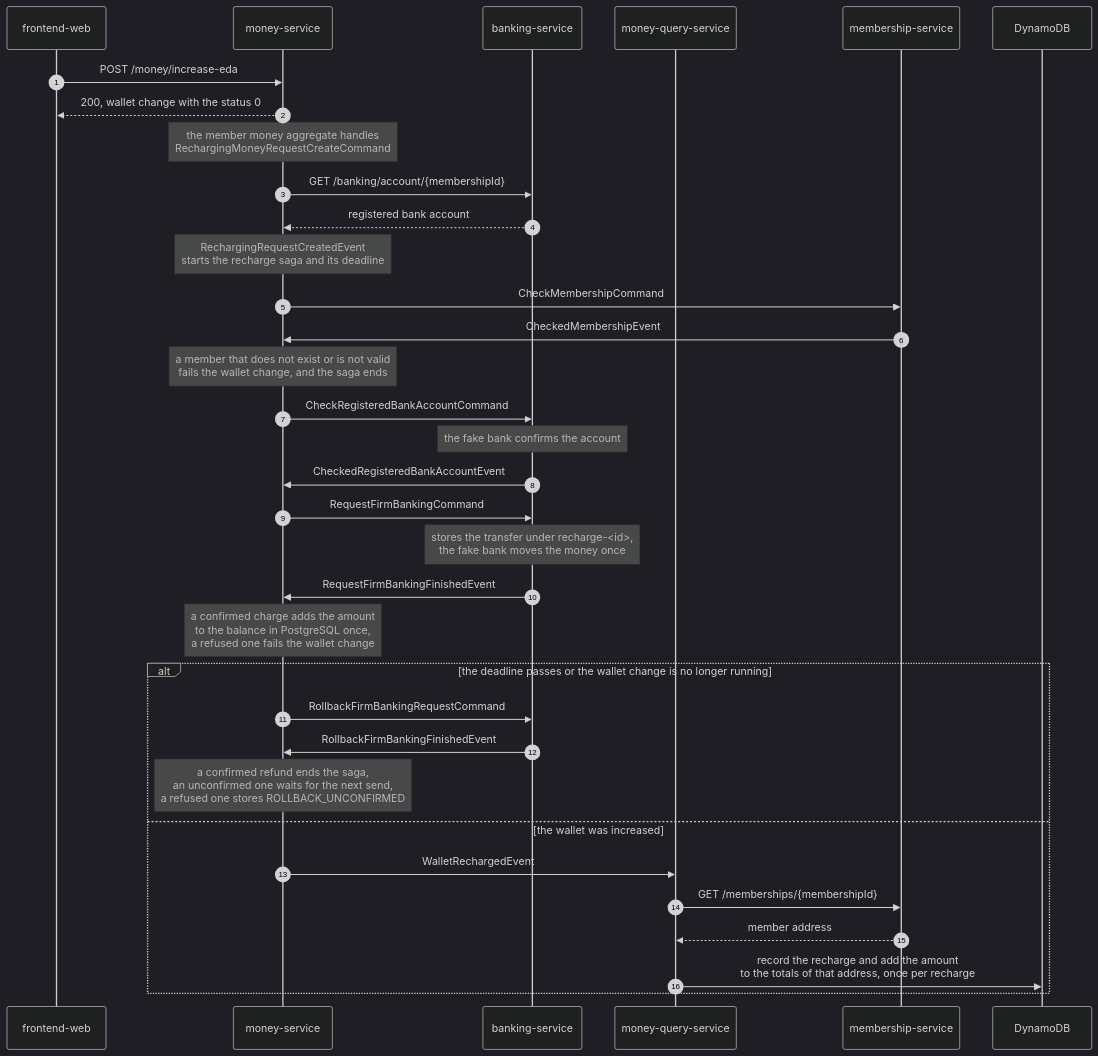
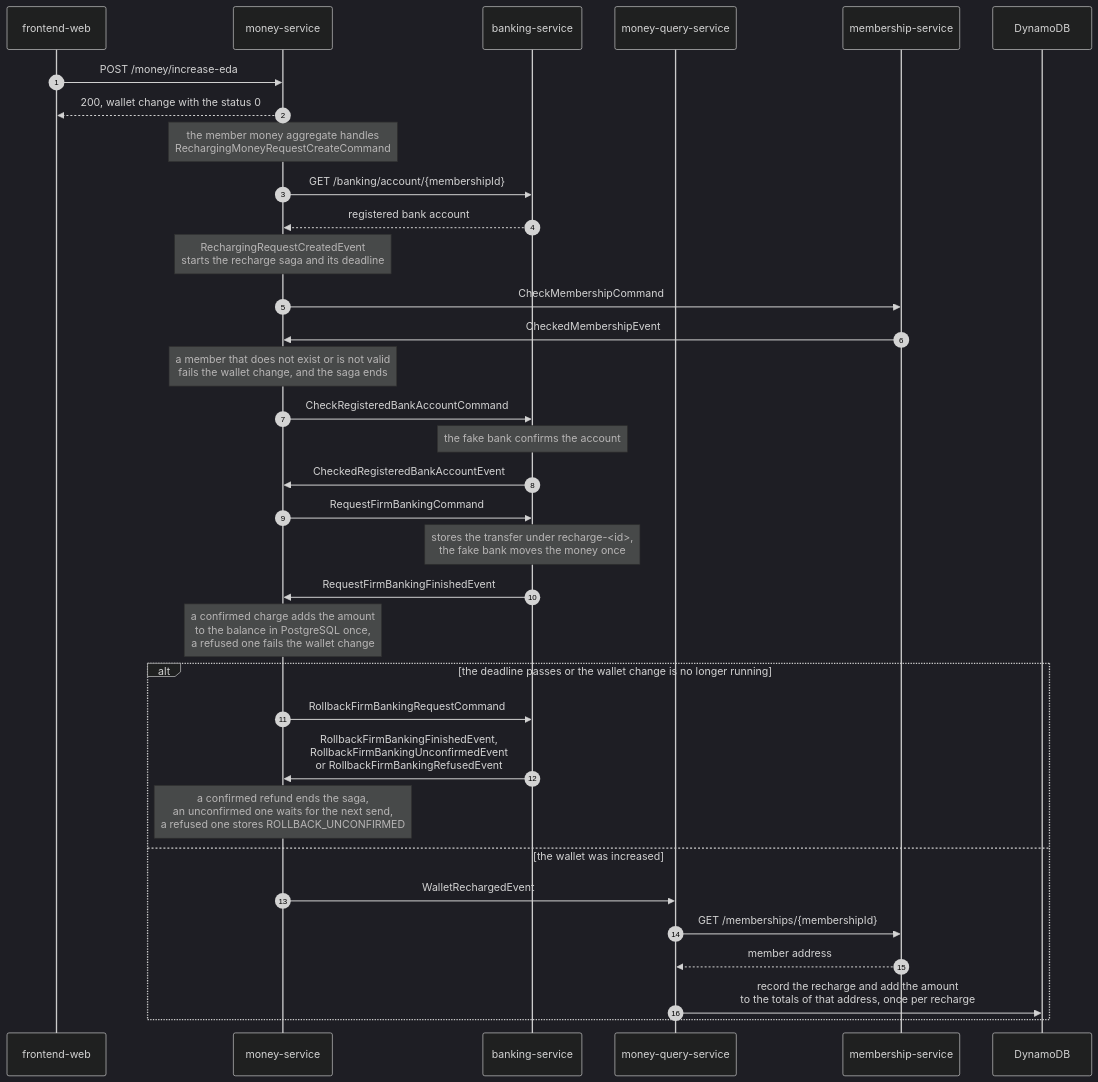
One commit to chrysaor/JayPay changed the first of 4 diagrams in docs/architecture.md. Above: the diagram before and after it, drawn with Mermaid (dark theme). The commit also changed other lines of this file and 21 other files, not shown here.

````diff
--- a/docs/architecture.md
+++ b/docs/architecture.md
@@ -9,37 +9,37 @@
 ```mermaid
 sequenceDiagram
     autonumber
     participant web as frontend-web
     participant money as money-service
     participant banking as banking-service
     participant query as money-query-service
     participant membership as membership-service
     participant dynamodb as DynamoDB
 
     web->>money: POST /money/increase-eda
     money-->>web: 200, wallet change with the status 0
     Note over money: the member money aggregate handles<br/>RechargingMoneyRequestCreateCommand
     money->>banking: GET /banking/account/{membershipId}
     banking-->>money: registered bank account
     Note over money: RechargingRequestCreatedEvent<br/>starts the recharge saga and its deadline
     money->>membership: CheckMembershipCommand
     membership->>money: CheckedMembershipEvent
     Note over money: a member that does not exist or is not valid<br/>fails the wallet change, and the saga ends
     money->>banking: CheckRegisteredBankAccountCommand
     Note over banking: the fake bank confirms the account
     banking->>money: CheckedRegisteredBankAccountEvent
     money->>banking: RequestFirmBankingCommand
     Note over banking: stores the transfer under recharge-<id>,<br/>the fake bank moves the money once
     banking->>money: RequestFirmBankingFinishedEvent
     Note over money: a confirmed charge adds the amount<br/>to the balance in PostgreSQL once,<br/>a refused one fails the wallet change
     alt the deadline passes or the wallet change is no longer running
         money->>banking: RollbackFirmBankingRequestCommand
-        banking->>money: RollbackFirmBankingFinishedEvent
+        banking->>money: RollbackFirmBankingFinishedEvent,<br/>RollbackFirmBankingUnconfirmedEvent<br/>or RollbackFirmBankingRefusedEvent
         Note over money: a confirmed refund ends the saga,<br/>an unconfirmed one waits for the next send,<br/>a refused one stores ROLLBACK_UNCONFIRMED
     else the wallet was increased
         money->>query: WalletRechargedEvent
         query->>membership: GET /memberships/{membershipId}
         membership-->>query: member address
         query->>dynamodb: record the recharge and add the amount<br/>to the totals of that address, once per recharge
     end
 ```
````
